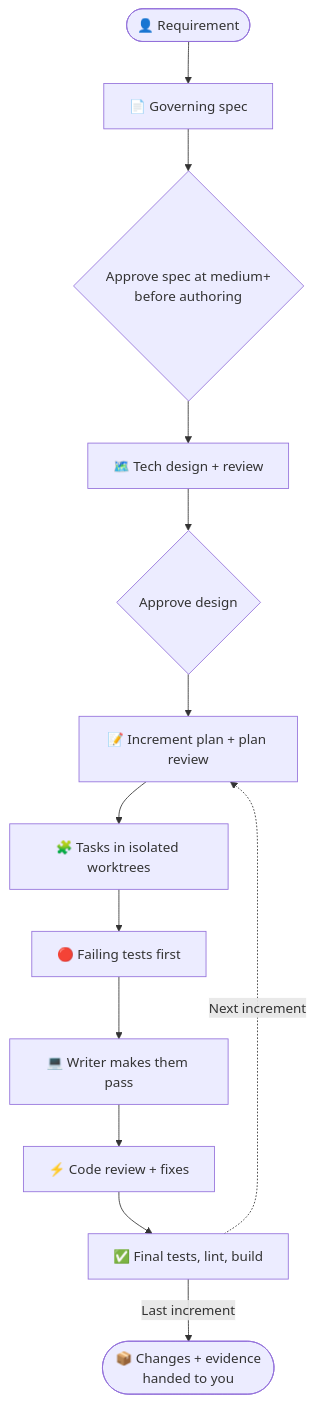
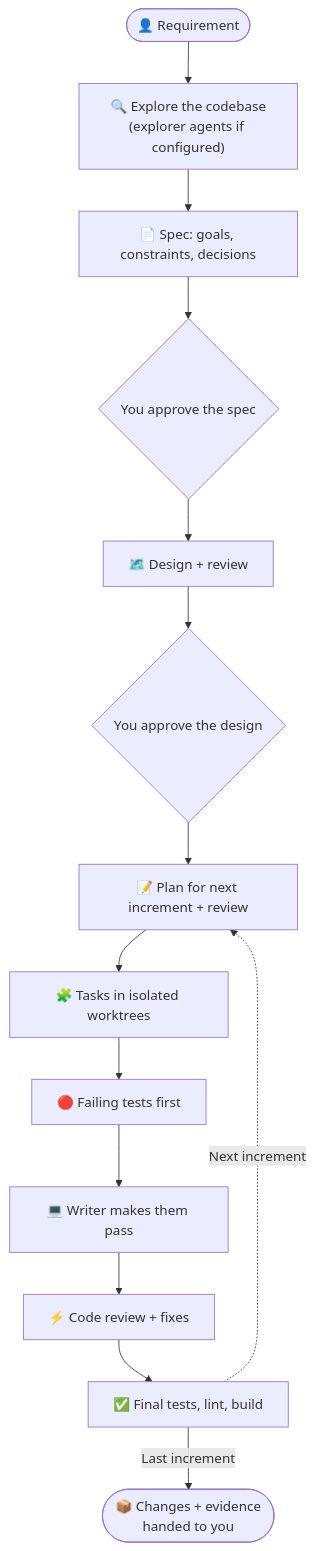
One commit to Gyunikuchan/dispatch-skills changed the diagram in README.md. Above: the diagram before and after it, drawn with Mermaid. The commit also changed other lines of this file and 1 other file, not shown here.

````diff
--- a/README.md
+++ b/README.md
@@ -24,15 +24,16 @@
 ```mermaid
 flowchart TD
-    User(["👤 Requirement"]) --> Spec["📄 Governing spec"]
-    Spec --> SpecGate{"Approve spec at medium+<br/>before authoring"}
-    SpecGate --> Design["🗺️ Tech design + review"]
-    Design --> DesignGate{"Approve design"}
-    DesignGate --> Plan["📝 Increment plan + plan review"]
+    User(["👤 Requirement"]) --> Ground["🔍 Explore the codebase<br/>(explorer agents if configured)"]
+    Ground --> Spec["📄 Spec: goals, constraints, decisions"]
+    Spec --> SpecGate{"You approve the spec"}
+    SpecGate --> Design["🗺️ Design + review"]
+    Design --> DesignGate{"You approve the design"}
+    DesignGate --> Plan["📝 Plan for next increment + review"]
     Plan --> Tasks["🧩 Tasks in isolated worktrees"]
     Tasks --> Red["🔴 Failing tests first"]
     Red --> Green["💻 Writer makes them pass"]
     Green --> CodeReview["⚡ Code review + fixes"]
     CodeReview --> Final["✅ Final tests, lint, build"]
     Final -.->|Next increment| Plan
     Final -->|Last increment| Handoff(["📦 Changes + evidence<br/>handed to you"])
 ```
````
